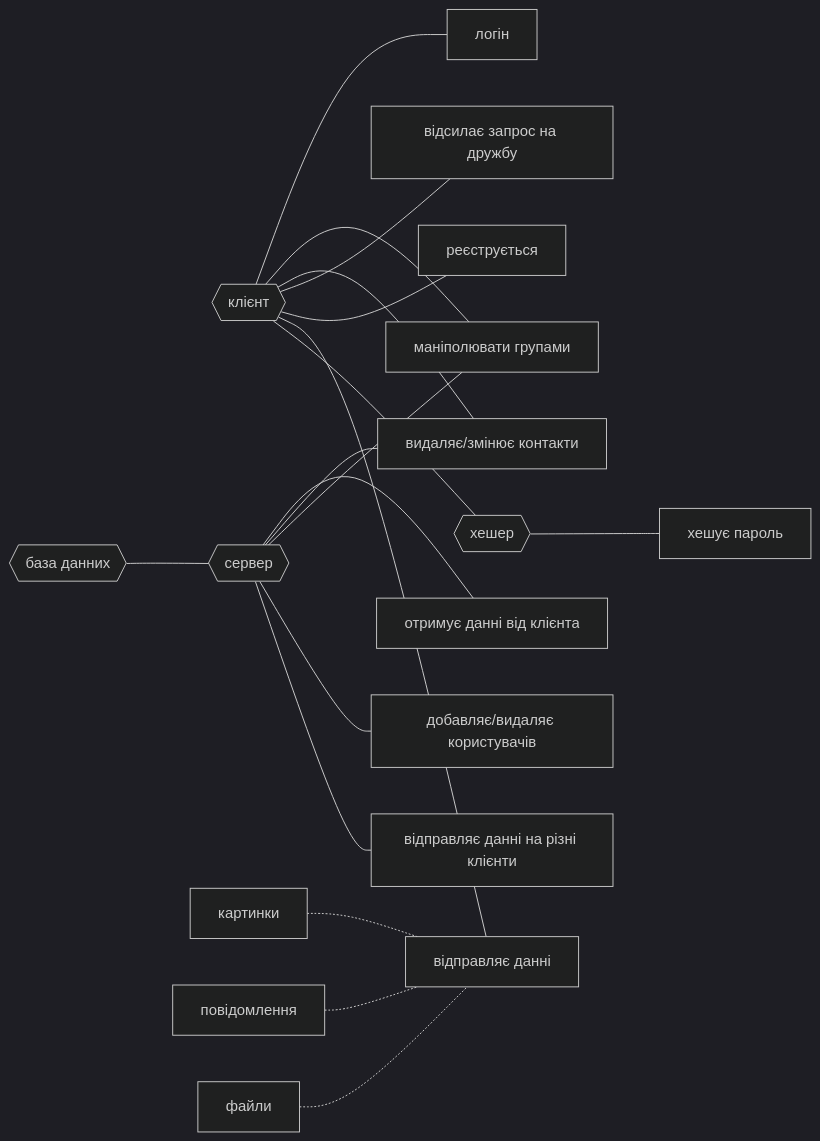
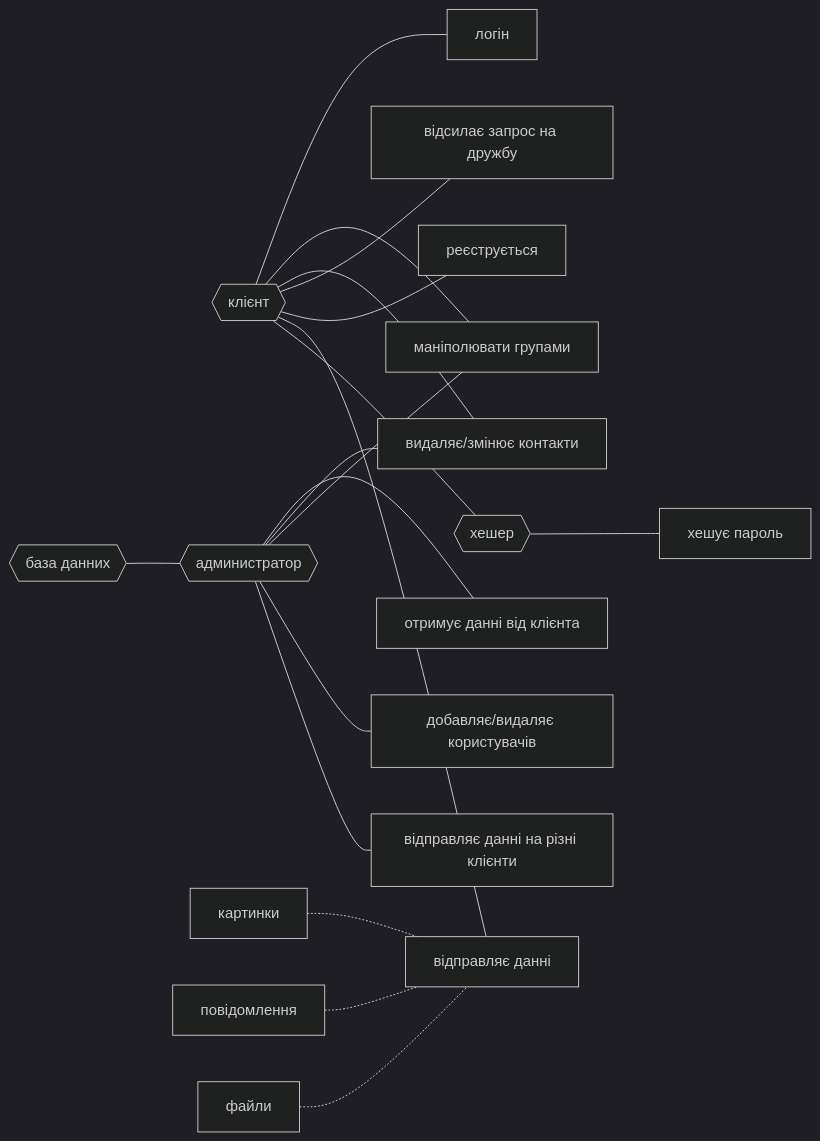
The diagram in docs/use-case.md (flurium/babble), drawn with Mermaid (dark theme) before and after one commit. The commit also changed 15 other files, not shown here.

````diff
--- a/docs/use-case.md
+++ b/docs/use-case.md
@@ -1,35 +1,35 @@
 ```mermaid
 flowchart LR
   client{{клієнт}}
   hasher{{хешер}}
-  server{{сервер}}
+  server{{администратор}}
   bd{{база данних}}
 
 
   rcc[видаляє/змінює контакти]
   csd[відправляє данні]
   mg[маніполювати групами]
 
   картинки-.-csd
   повідомлення-.-csd
   файли-.-csd
 
   hasher---hp[хешує пароль]
   client---hasher
 
   client---csd
   client---c1[реєструється]
   client---c2[відсилає запрос на дружбу]
   client---rcc
   client---mg
   client---c4[логін]
  
   server---s2[відправляє данні на різні клієнти]
   server---sau[добавляє/видаляє користувачів]
   server---mg
   server---rcc
   server---s1[отримує данні від клієнта]
 
   bd---server
 
 ```
````
